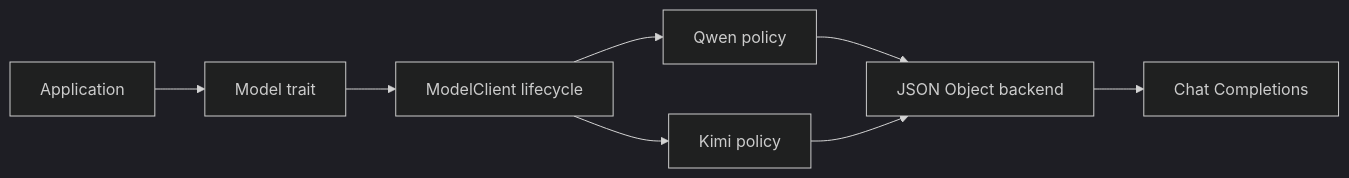
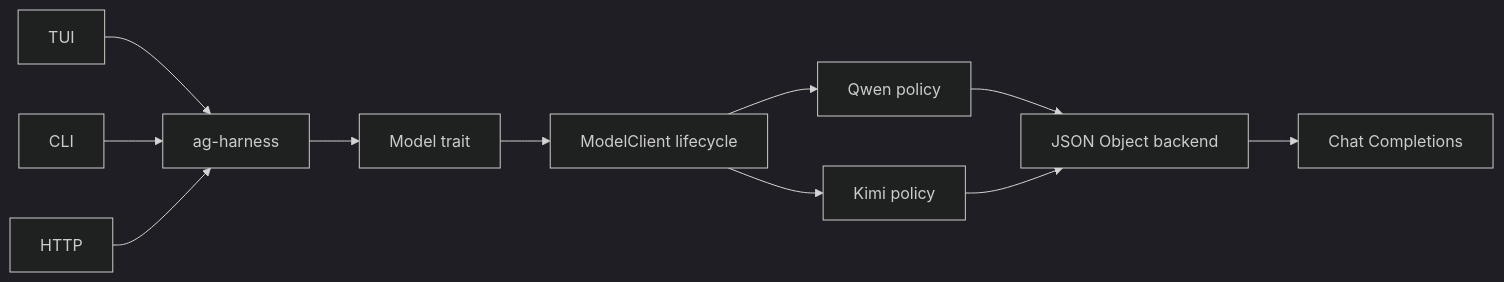
The first of 5 diagrams in docs/site/content/docs/architecture/ag-harness-design.md (agentty-xyz/agentty), drawn with Mermaid (dark theme) before and after one commit. The commit also changed other lines of this file, not shown here.

First line of the commit message:
Documents the planned ag-harness runtime

````diff
--- a/docs/site/content/docs/architecture/ag-harness-design.md
+++ b/docs/site/content/docs/architecture/ag-harness-design.md
@@ -12,10 +21,13 @@
 ```mermaid
 flowchart LR
-    A[Application] --> T[Model trait]
-    T --> M[ModelClient lifecycle]
-    M --> Q[Qwen policy]
-    M --> K[Kimi policy]
-    Q --> J[JSON Object backend]
+    T["TUI"] --> H["ag-harness"]
+    C["CLI"] --> H
+    W["HTTP"] --> H
+    H --> M["Model trait"]
+    M --> L["ModelClient lifecycle"]
+    L --> Q["Qwen policy"]
+    L --> K["Kimi policy"]
+    Q --> J["JSON Object backend"]
     K --> J
-    J --> C[Chat Completions]
+    J --> O["Chat Completions"]
 ```
````
